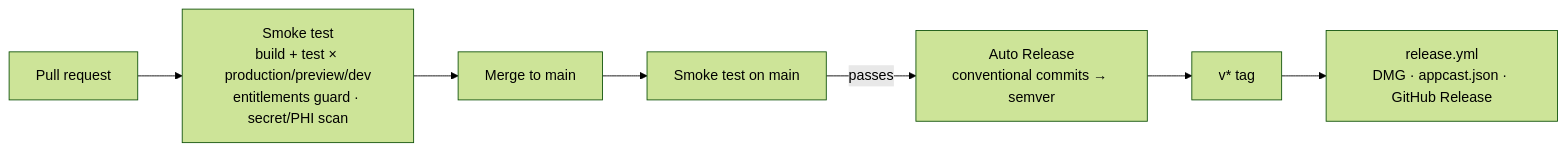
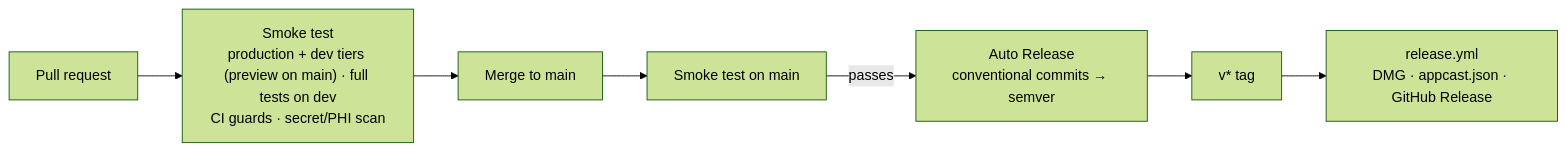
Before and after one commit to mgwedd/aletheia: the third of 3 diagrams in README.md, drawn with Mermaid (forest theme). The commit also changed other lines of this file and 1 other file, not shown here.

````diff
--- a/README.md
+++ b/README.md
@@ -223,8 +225,8 @@
 ```mermaid
 flowchart LR
-  PR["Pull request"] --> S["Smoke test<br/>build + test × production/preview/dev<br/>entitlements guard · secret/PHI scan"]
+  PR["Pull request"] --> S["Smoke test<br/>production + dev tiers (preview on main) · full tests on dev<br/>CI guards · secret/PHI scan"]
   S --> M["Merge to main"]
   M --> S2["Smoke test on main"]
   S2 -- "passes" --> AR["Auto Release<br/>conventional commits → semver"]
   AR --> TAG["v* tag"] --> REL["release.yml<br/>DMG · appcast.json · GitHub Release"]
 ```
````
